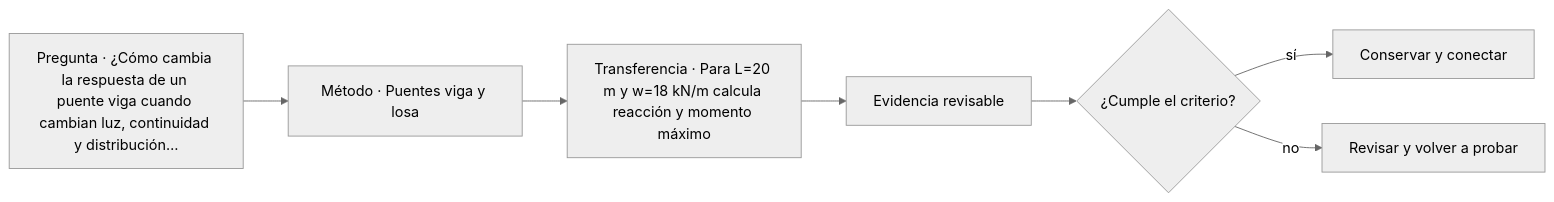
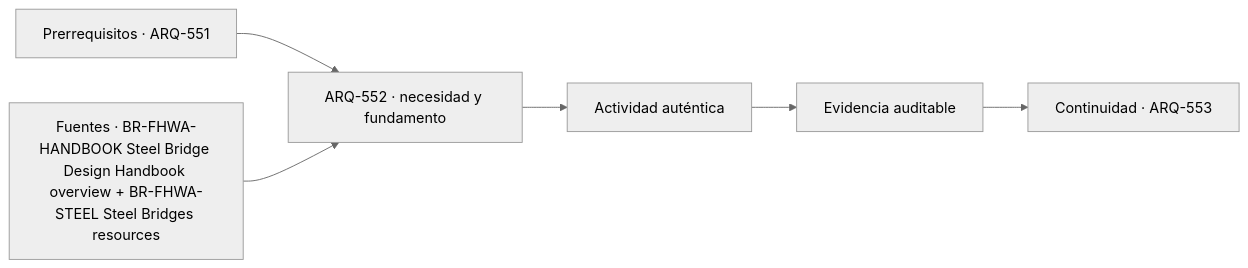
Before and after one commit to vladimiracunadev-create/architecture-built-environment-learning-program: the diagram in classes/parte-56/ARQ-552.md, drawn with Mermaid (neutral theme). The commit also changed other lines of this file and 761 other files, not shown here.

````diff
--- a/classes/parte-56/ARQ-552.md
+++ b/classes/parte-56/ARQ-552.md
@@ -95,9 +107,8 @@
 ```mermaid
 flowchart LR
-    Q["Pregunta · ¿Cómo cambia la respuesta de un puente viga cuando cambian luz, continuidad y distribución…"] --> M["Método · Puentes viga y losa"]
-    M --> P["Transferencia · Para L=20 m y w=18 kN/m calcula reacción y momento máximo"]
-    P --> E["Evidencia revisable"]
-    E --> C{"¿Cumple el criterio?"}
-    C -->|sí| T["Conservar y conectar"]
-    C -->|no| R["Revisar y volver a probar"]
+    A["Prerrequisitos · ARQ-551"] --> B["ARQ-552 · necesidad y fundamento"]
+    S["Fuentes · BR-FHWA-HANDBOOK Steel Bridge Design Handbook overview + BR-FHWA-STEEL Steel Bridges resources"] --> B
+    B --> C["Actividad auténtica"]
+    C --> D["Evidencia auditable"]
+    D --> E["Continuidad · ARQ-553"]
 ```
````
